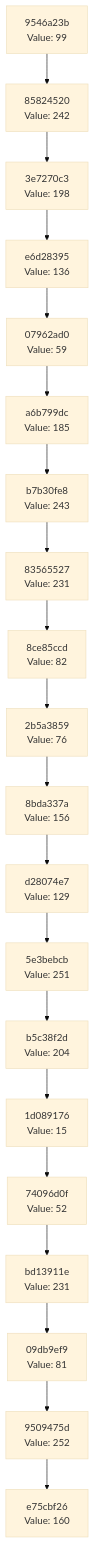
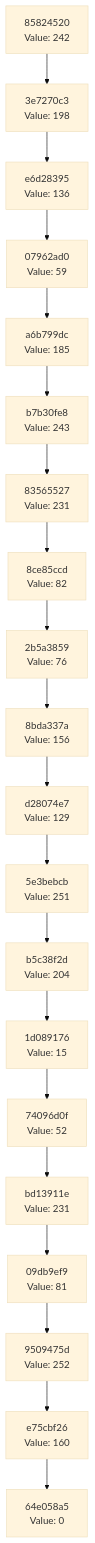
The diagram in docs/CHAIN_VISUALIZATION.md (Abhisheksinha1506/hash-chain-evolver), drawn with Mermaid (base theme) before and after one commit. The commit also changed 3 other files, not shown here.

````diff
--- a/docs/CHAIN_VISUALIZATION.md
+++ b/docs/CHAIN_VISUALIZATION.md
@@ -3,42 +3,42 @@
 ```mermaid
 graph TD
-    C0["e75cbf26<br/>Value: 160"]
-    C1["9509475d<br/>Value: 252"]
+    C0["64e058a5<br/>Value: 0"]
+    C1["e75cbf26<br/>Value: 160"]
     C1 --> C0
-    C2["09db9ef9<br/>Value: 81"]
+    C2["9509475d<br/>Value: 252"]
     C2 --> C1
-    C3["bd13911e<br/>Value: 231"]
+    C3["09db9ef9<br/>Value: 81"]
     C3 --> C2
-    C4["74096d0f<br/>Value: 52"]
+    C4["bd13911e<br/>Value: 231"]
     C4 --> C3
-    C5["1d089176<br/>Value: 15"]
+    C5["74096d0f<br/>Value: 52"]
     C5 --> C4
-    C6["b5c38f2d<br/>Value: 204"]
+    C6["1d089176<br/>Value: 15"]
     C6 --> C5
-    C7["5e3bebcb<br/>Value: 251"]
+    C7["b5c38f2d<br/>Value: 204"]
     C7 --> C6
-    C8["d28074e7<br/>Value: 129"]
+    C8["5e3bebcb<br/>Value: 251"]
     C8 --> C7
-    C9["8bda337a<br/>Value: 156"]
+    C9["d28074e7<br/>Value: 129"]
     C9 --> C8
-    C10["2b5a3859<br/>Value: 76"]
+    C10["8bda337a<br/>Value: 156"]
     C10 --> C9
-    C11["8ce85ccd<br/>Value: 82"]
+    C11["2b5a3859<br/>Value: 76"]
     C11 --> C10
-    C12["83565527<br/>Value: 231"]
+    C12["8ce85ccd<br/>Value: 82"]
     C12 --> C11
-    C13["b7b30fe8<br/>Value: 243"]
+    C13["83565527<br/>Value: 231"]
     C13 --> C12
-    C14["a6b799dc<br/>Value: 185"]
+    C14["b7b30fe8<br/>Value: 243"]
     C14 --> C13
-    C15["07962ad0<br/>Value: 59"]
+    C15["a6b799dc<br/>Value: 185"]
     C15 --> C14
-    C16["e6d28395<br/>Value: 136"]
+    C16["07962ad0<br/>Value: 59"]
     C16 --> C15
-    C17["3e7270c3<br/>Value: 198"]
+    C17["e6d28395<br/>Value: 136"]
     C17 --> C16
-    C18["85824520<br/>Value: 242"]
+    C18["3e7270c3<br/>Value: 198"]
     C18 --> C17
-    C19["9546a23b<br/>Value: 99"]
+    C19["85824520<br/>Value: 242"]
     C19 --> C18
 ```
````
